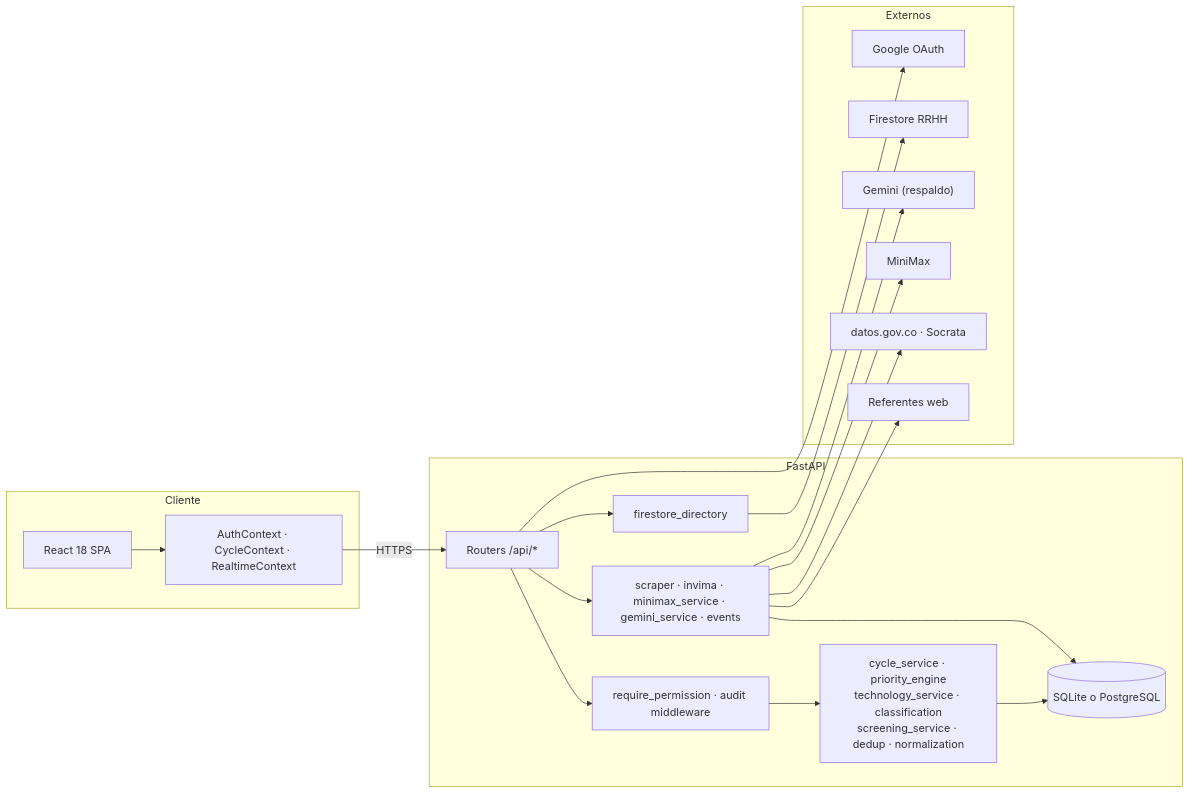
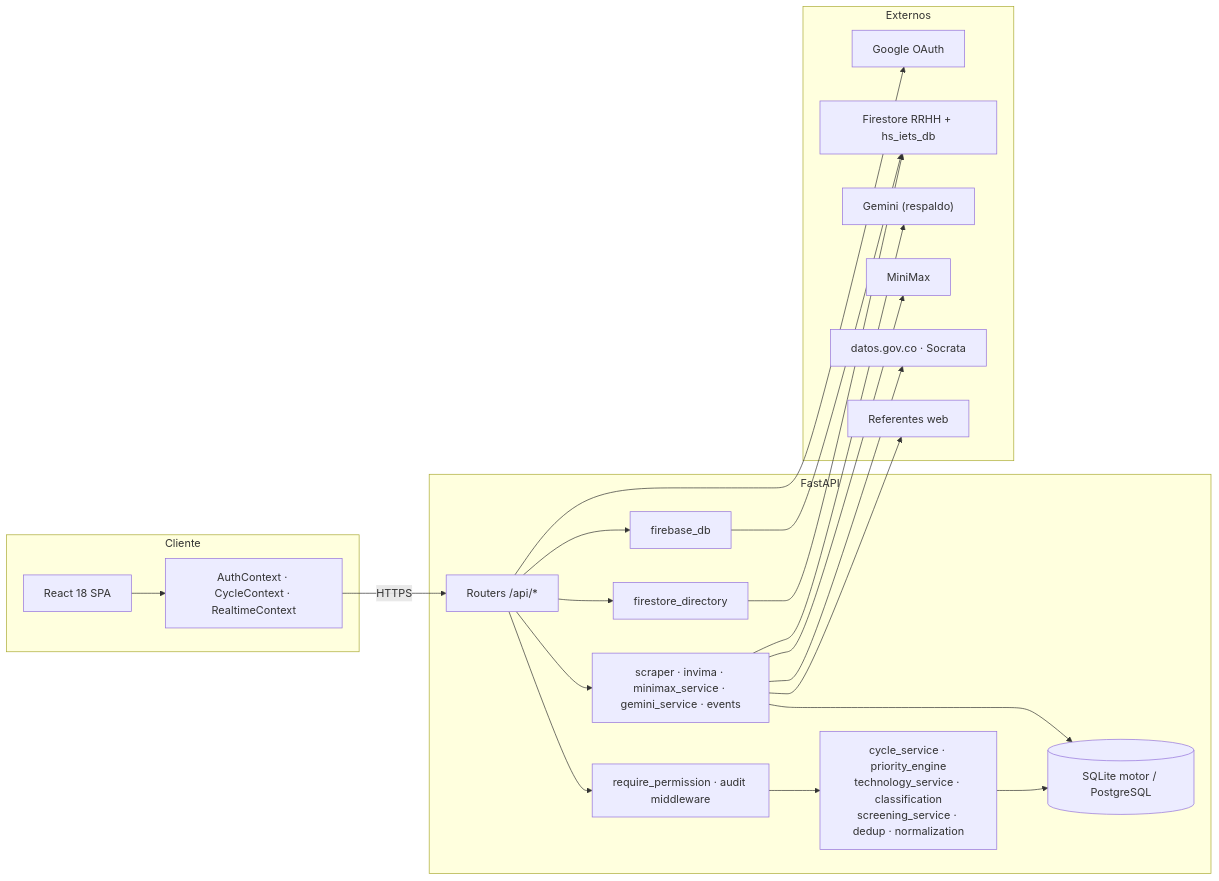
Before and after one commit to IETS-ColombiaDev/Sis_HS_IETS: the diagram in README.md, drawn with Mermaid. The commit also changed other lines of this file and 21 other files, not shown here.

````diff
--- a/README.md
+++ b/README.md
@@ -426,34 +426,37 @@
 ```mermaid
 flowchart LR
   subgraph Cliente
     SPA["React 18 SPA"]
     CTX["AuthContext · CycleContext · RealtimeContext"]
     SPA --> CTX
   end
   subgraph Backend["FastAPI"]
     API["Routers /api/*"]
     GUARD["require_permission · audit middleware"]
     DOM["cycle_service · priority_engine<br/>technology_service · classification<br/>screening_service · dedup · normalization"]
     SVC["scraper · invima · minimax_service · gemini_service · events"]
     DIR["firestore_directory"]
-    DB[("SQLite o PostgreSQL")]
+    DB[("SQLite motor / PostgreSQL")]
+    FB["firebase_db"]
     API --> GUARD --> DOM --> DB
     API --> SVC --> DB
     API --> DIR
+    API --> FB
   end
   subgraph Externos
     WEB["Referentes web"]
     SOC["datos.gov.co · Socrata"]
     MM["MiniMax"]
     GEM["Gemini (respaldo)"]
-    FS["Firestore RRHH"]
+    FS["Firestore RRHH + hs_iets_db"]
     GGL["Google OAuth"]
   end
   CTX -->|HTTPS| API
   SVC --> WEB
   SVC --> SOC
   SVC --> MM
   SVC --> GEM
   DIR --> FS
+  FB --> FS
   API --> GGL
 ```
````
